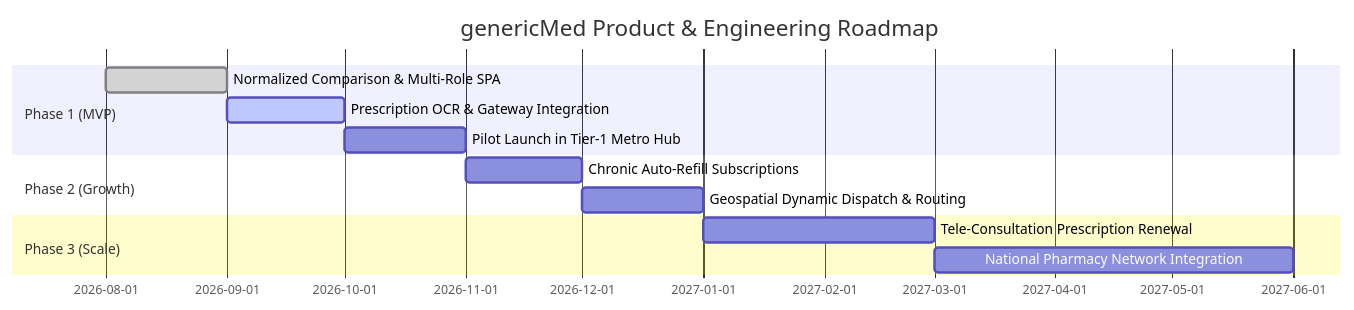
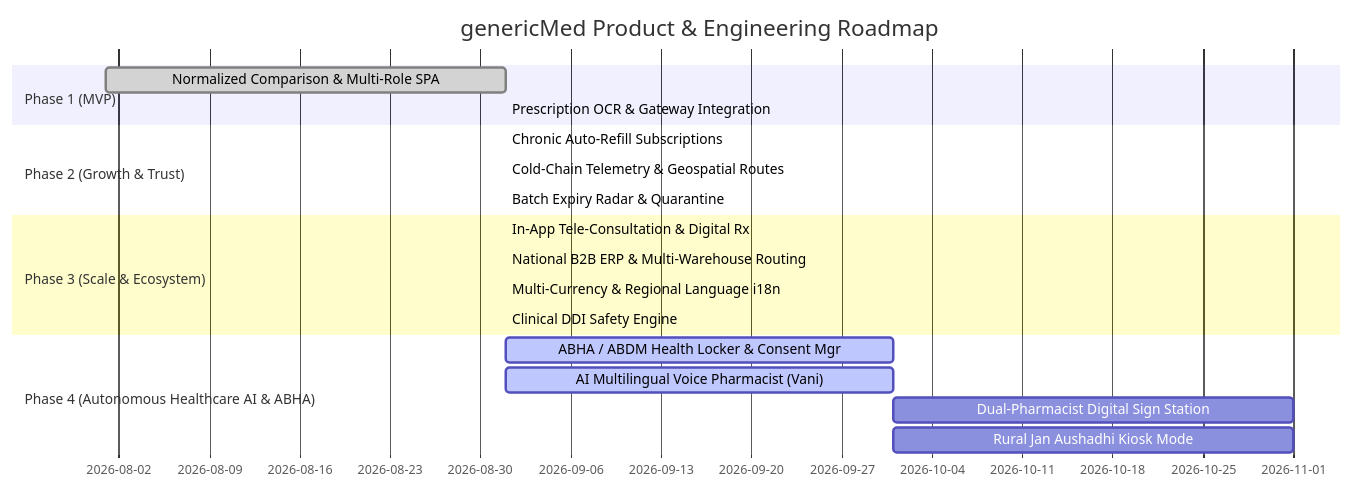
The diagram in memory.md (asmita301205/genericMed), drawn with Mermaid before and after one commit. The commit also changed other lines of this file and 15 other files, not shown here.

Commit message:
feat(phase-3): complete scale and ecosystem suite with tele-consultation, b2b erp network, multi-currency, and clinical ddi safety

````diff
--- a/memory.md
+++ b/memory.md
@@ -292,15 +299,22 @@
 ```mermaid
 gantt
     title genericMed Product & Engineering Roadmap
     dateFormat  YYYY-MM
     section Phase 1 (MVP)
     Normalized Comparison & Multi-Role SPA    :done, p1, 2026-08, 2026-09
-    Prescription OCR & Gateway Integration   :active, p2, 2026-09, 2026-10
-    Pilot Launch in Tier-1 Metro Hub         :p3, 2026-10, 2026-11
-    section Phase 2 (Growth)
-    Chronic Auto-Refill Subscriptions        :p4, 2026-11, 2026-12
-    Geospatial Dynamic Dispatch & Routing    :p5, 2026-12, 2027-01
-    section Phase 3 (Scale)
-    Tele-Consultation Prescription Renewal   :p6, 2027-01, 2027-03
-    National Pharmacy Network Integration    :p7, 2027-03, 2027-06
+    Prescription OCR & Gateway Integration   :done, p2, 2026-09, 2026-09
+    section Phase 2 (Growth & Trust)
+    Chronic Auto-Refill Subscriptions        :done, p3, 2026-09, 2026-09
+    Cold-Chain Telemetry & Geospatial Routes :done, p4, 2026-09, 2026-09
+    Batch Expiry Radar & Quarantine          :done, p5, 2026-09, 2026-09
+    section Phase 3 (Scale & Ecosystem)
+    In-App Tele-Consultation & Digital Rx    :done, p6, 2026-09, 2026-09
+    National B2B ERP & Multi-Warehouse Routing:done, p7, 2026-09, 2026-09
+    Multi-Currency & Regional Language i18n  :done, p8, 2026-09, 2026-09
+    Clinical DDI Safety Engine               :done, p9, 2026-09, 2026-09
+    section Phase 4 (Autonomous Healthcare AI & ABHA)
+    ABHA / ABDM Health Locker & Consent Mgr  :active, p10, 2026-09, 2026-10
+    AI Multilingual Voice Pharmacist (Vani)  :active, p11, 2026-09, 2026-10
+    Dual-Pharmacist Digital Sign Station     :p12, 2026-10, 2026-11
+    Rural Jan Aushadhi Kiosk Mode            :p13, 2026-10, 2026-11
 ```
````
